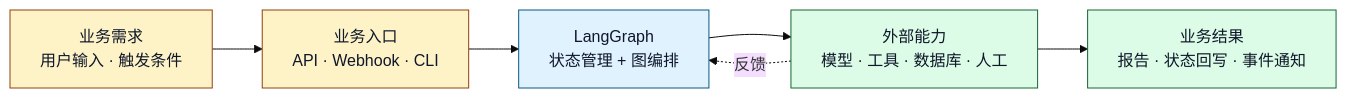
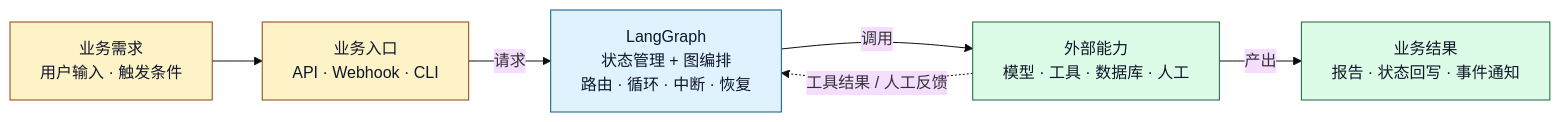
The first of 13 diagrams in ai-agent学习/06.LangGraph入门/16.LangGraph业务落地项目架构.md (sealzrt/2026-08--agent), drawn with Mermaid (base theme) before and after one commit. The commit also changed other lines of this file and 95 other files, not shown here.

````diff
--- a/ai-agent学习/06.LangGraph入门/16.LangGraph业务落地项目架构.md
+++ b/ai-agent学习/06.LangGraph入门/16.LangGraph业务落地项目架构.md
@@ -29,14 +29,14 @@
 ```mermaid
 flowchart LR
     A["业务需求<br/>用户输入 · 触发条件"] --> B["业务入口<br/>API · Webhook · CLI"]
-    B --> C["LangGraph<br/>状态管理 + 图编排"]
-    C --> D["外部能力<br/>模型 · 工具 · 数据库 · 人工"]
-    D --> E["业务结果<br/>报告 · 状态回写 · 事件通知"]
-    D -.->|反馈| C
+    B -->|请求| C["LangGraph<br/>状态管理 + 图编排<br/>路由 · 循环 · 中断 · 恢复"]
+    C -->|调用| D["外部能力<br/>模型 · 工具 · 数据库 · 人工"]
+    D -->|产出| E["业务结果<br/>报告 · 状态回写 · 事件通知"]
+    D -.->|工具结果 / 人工反馈| C
     classDef biz fill:#fef3c7,stroke:#92400e,color:#0f172a
     classDef core fill:#e0f2fe,stroke:#075985,color:#0f172a
     classDef cap fill:#dcfce7,stroke:#166534,color:#0f172a
     class A,B biz
     class C core
     class D,E cap
 ```
````
